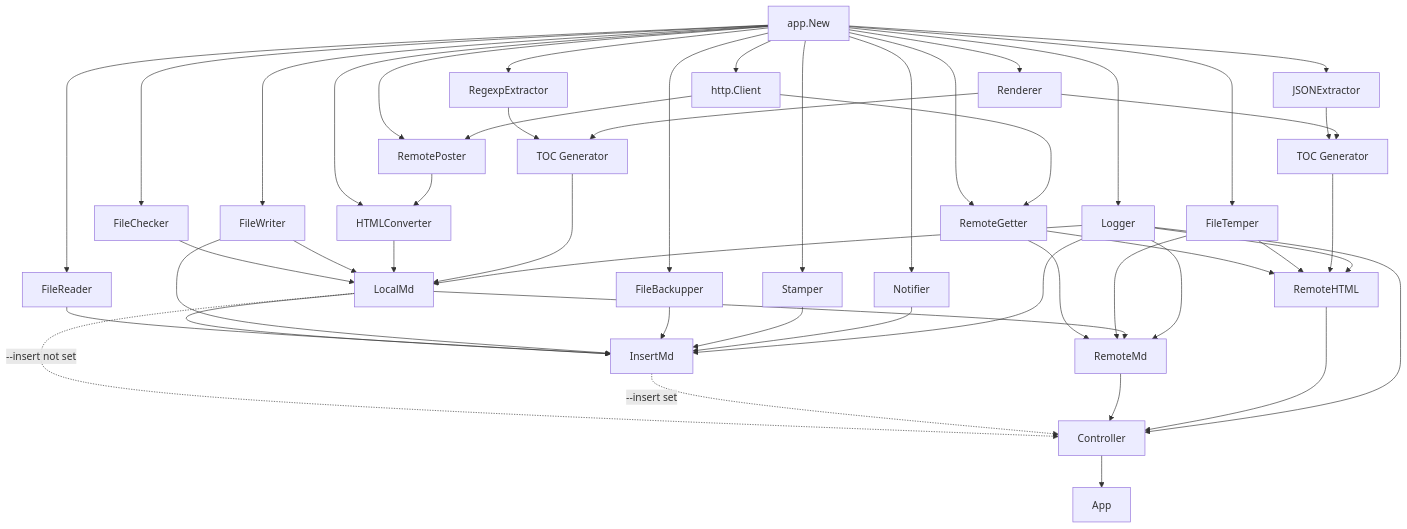
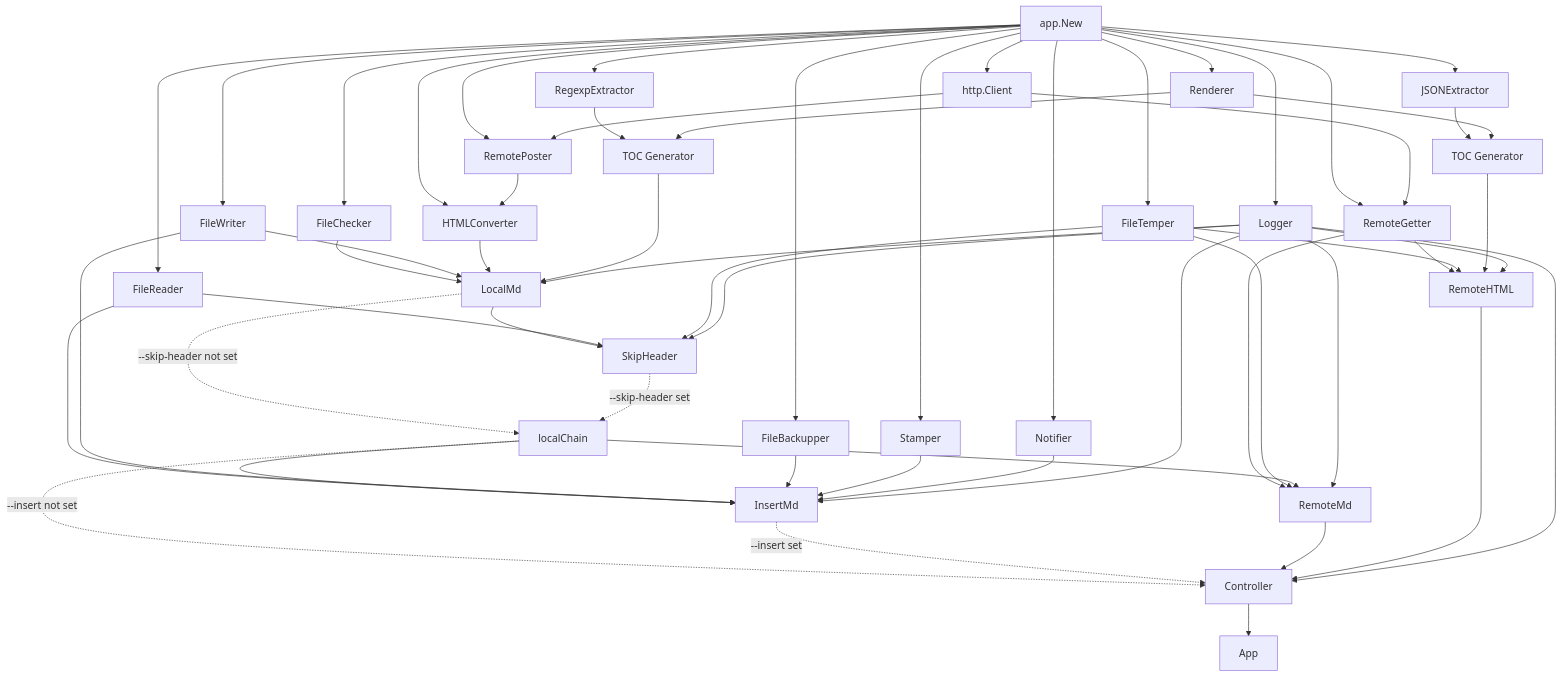
Before and after one commit to ekalinin/github-markdown-toc.go: the second of 2 diagrams in ARCHITECTURE.md, drawn with Mermaid. The commit also changed other lines of this file and 7 other files, not shown here.

Commit message:
feat(skip-header): add the --skip-header flag

````diff
--- a/ARCHITECTURE.md
+++ b/ARCHITECTURE.md
@@ -95,58 +96,66 @@
 ```mermaid
 flowchart TD
     AppNew[app.New] --> Logger
     AppNew --> Notifier
     AppNew --> HTTPClient[http.Client]
     AppNew --> FileChecker
     AppNew --> FileWriter
     AppNew --> FileReader
     AppNew --> FileBackupper
     AppNew --> Stamper
     AppNew --> FileTemper
     AppNew --> RemotePoster
     AppNew --> RemoteGetter
     AppNew --> HTMLConverter
     AppNew --> RegexpExtractor
     AppNew --> JSONExtractor
     AppNew --> Renderer
 
     HTTPClient --> RemotePoster
     HTTPClient --> RemoteGetter
     RemotePoster --> HTMLConverter
 
     RegexpExtractor --> RegexpGenerator[TOC Generator]
     JSONExtractor --> JSONGenerator[TOC Generator]
     Renderer --> RegexpGenerator
     Renderer --> JSONGenerator
 
     FileChecker --> LocalMd
     FileWriter --> LocalMd
     HTMLConverter --> LocalMd
     RegexpGenerator --> LocalMd
     Logger --> LocalMd
 
-    LocalMd --> InsertMd
+    LocalMd --> SkipHeader
+    FileReader --> SkipHeader
+    FileTemper --> SkipHeader
+    Logger --> SkipHeader
+
+    LocalMd -.->|"--skip-header not set"| LocalChain[localChain]
+    SkipHeader -.->|"--skip-header set"| LocalChain
+
+    LocalChain --> InsertMd
     FileReader --> InsertMd
     FileWriter --> InsertMd
     FileBackupper --> InsertMd
     Stamper --> InsertMd
     Notifier --> InsertMd
     Logger --> InsertMd
 
     RemoteGetter --> RemoteMd
     FileTemper --> RemoteMd
-    LocalMd --> RemoteMd
+    LocalChain --> RemoteMd
     Logger --> RemoteMd
 
     RemoteGetter --> RemoteHTML
     FileTemper --> RemoteHTML
     JSONGenerator --> RemoteHTML
     Logger --> RemoteHTML
 
-    LocalMd -.->|"--insert not set"| Controller
+    LocalChain -.->|"--insert not set"| Controller
     InsertMd -.->|"--insert set"| Controller
     RemoteMd --> Controller
     RemoteHTML --> Controller
     Logger --> Controller
     Controller --> App
 ```
````
